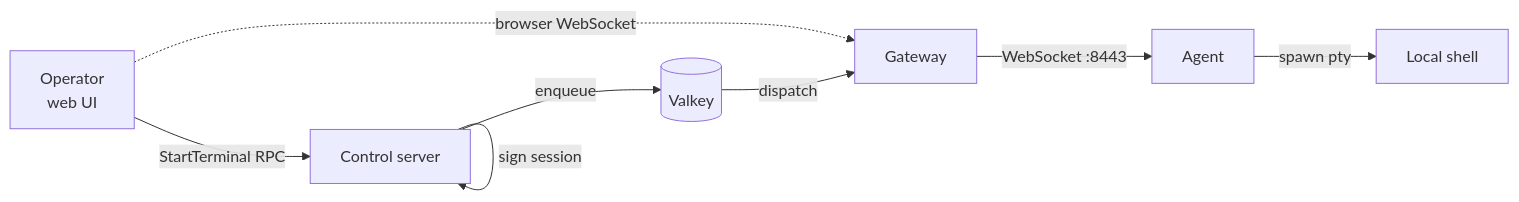
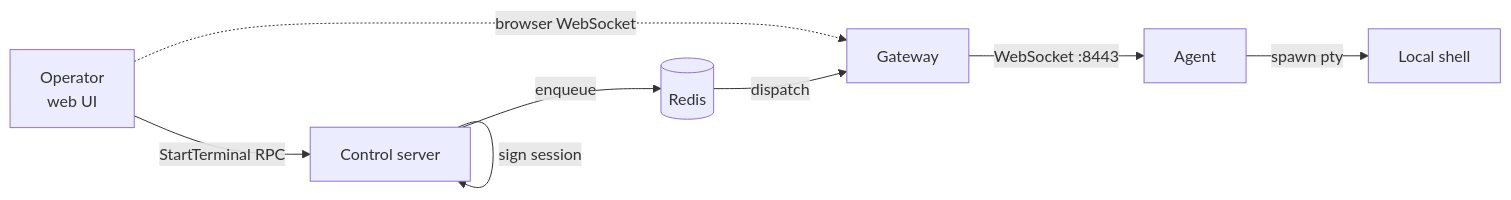
One commit to manchtools/power-manage-docs changed the diagram in src/content/security/terminal-access.md. Above: the diagram before and after it, drawn with Mermaid. The commit also changed other lines of this file and 20 other files, not shown here.

First line of the commit message:
docs: AI-style cleanup — drop prose em-dashes, rename Valkey to Redis

````diff
--- a/src/content/security/terminal-access.md
+++ b/src/content/security/terminal-access.md
@@ -25,10 +25,10 @@
 ```mermaid
 flowchart LR
     Operator[Operator<br/>web UI] -->|StartTerminal RPC| Control[Control server]
     Control -->|sign session| Control
-    Control -->|enqueue| Valkey[(Valkey)]
-    Valkey -->|dispatch| Gateway[Gateway]
+    Control -->|enqueue| Redis[(Redis)]
+    Redis -->|dispatch| Gateway[Gateway]
     Gateway -->|WebSocket :8443| Agent[Agent]
     Agent -->|spawn pty| Shell[Local shell]
     Operator -.->|browser WebSocket| Gateway
 ```
````
